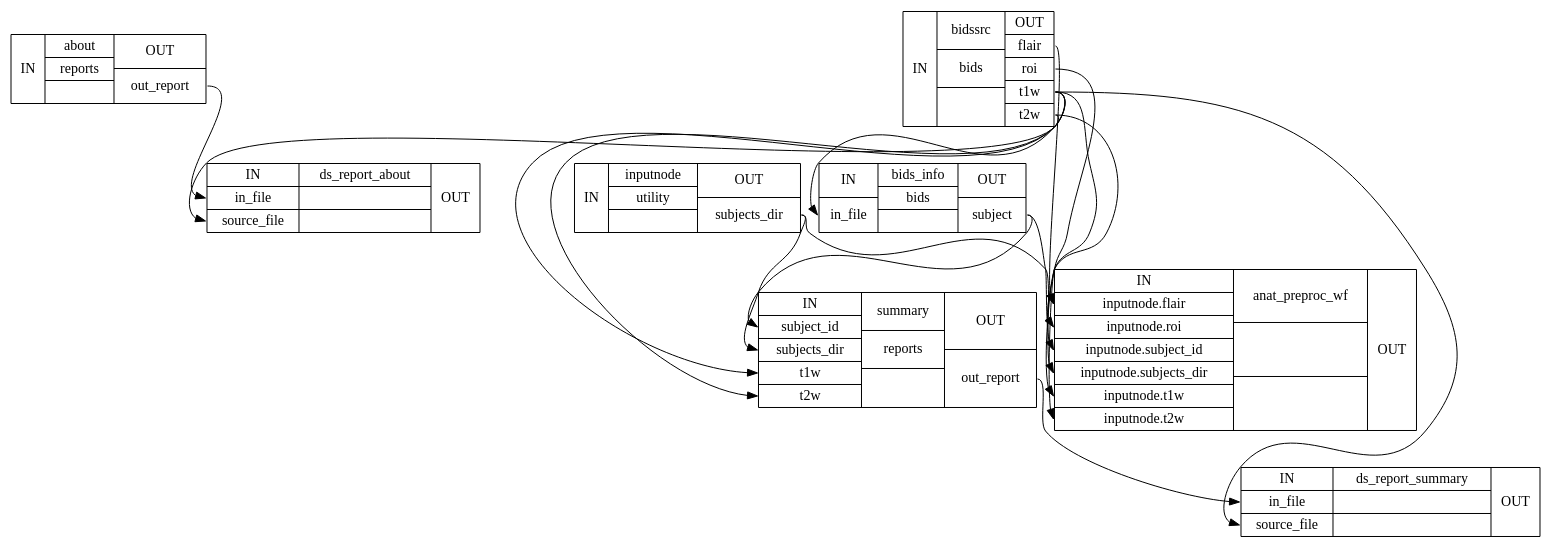
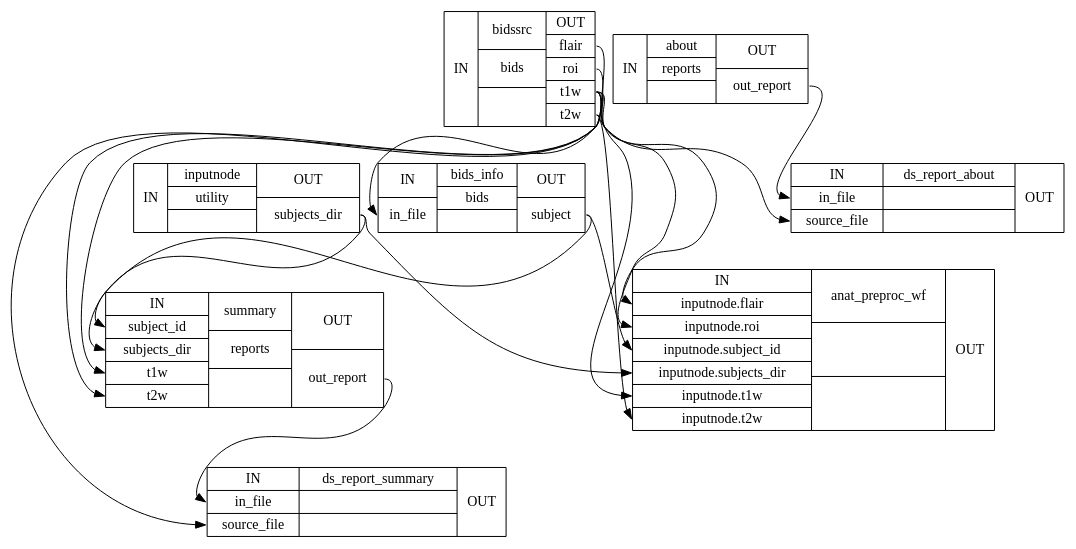
One commit to pcamach2/smriprep changed the diagram in 0.6.0rc5/wf_directive/api/single_subject_wf/smriprep-workflows-base-1_detailed.dot. Above: the diagram before and after it, drawn with Graphviz. The commit also changed other lines of this file and 3595 other files, not shown here.

```diff
--- a/0.6.0rc5/wf_directive/api/single_subject_wf/smriprep-workflows-base-1_detailed.dot
+++ b/0.6.0rc5/wf_directive/api/single_subject_wf/smriprep-workflows-base-1_detailed.dot
@@ -1,26 +1,26 @@
 digraph structs {
 node [shape=record];
+single_subject_wfinputnode [label="{IN}|{ inputnode | utility |  }|{OUT|<outsubjectsdir> subjects_dir}"];
+single_subject_wfbidssrc [label="{IN}|{ bidssrc | bids |  }|{OUT|<outflair> flair|<outroi> roi|<outt1w> t1w|<outt2w> t2w}"];
 single_subject_wfabout [label="{IN}|{ about | reports |  }|{OUT|<outoutreport> out_report}"];
-single_subject_wfbidssrc [label="{IN}|{ bidssrc | bids |  }|{OUT|<outflair> flair|<outroi> roi|<outt1w> t1w|<outt2w> t2w}"];
+single_subject_wfbids_info [label="{IN|<ininfile> in_file}|{ bids_info | bids |  }|{OUT|<outsubject> subject}"];
 single_subject_wfds_report_about [label="{IN|<ininfile> in_file|<insourcefile> source_file}|{ ds_report_about |  |  }|{OUT}"];
-single_subject_wfbids_info [label="{IN|<ininfile> in_file}|{ bids_info | bids |  }|{OUT|<outsubject> subject}"];
-single_subject_wfinputnode [label="{IN}|{ inputnode | utility |  }|{OUT|<outsubjectsdir> subjects_dir}"];
 single_subject_wfsummary [label="{IN|<insubjectid> subject_id|<insubjectsdir> subjects_dir|<int1w> t1w|<int2w> t2w}|{ summary | reports |  }|{OUT|<outoutreport> out_report}"];
+single_subject_wfanat_preproc_wf [label="{IN|<ininputnodeflair> inputnode.flair|<ininputnoderoi> inputnode.roi|<ininputnodesubjectid> inputnode.subject_id|<ininputnodesubjectsdir> inputnode.subjects_dir|<ininputnodet1w> inputnode.t1w|<ininputnodet2w> inputnode.t2w}|{ anat_preproc_wf |  |  }|{OUT}"];
 single_subject_wfds_report_summary [label="{IN|<ininfile> in_file|<insourcefile> source_file}|{ ds_report_summary |  |  }|{OUT}"];
-single_subject_wfanat_preproc_wf [label="{IN|<ininputnodeflair> inputnode.flair|<ininputnoderoi> inputnode.roi|<ininputnodesubjectid> inputnode.subject_id|<ininputnodesubjectsdir> inputnode.subjects_dir|<ininputnodet1w> inputnode.t1w|<ininputnodet2w> inputnode.t2w}|{ anat_preproc_wf |  |  }|{OUT}"];
 single_subject_wfabout:outoutreport:e -> single_subject_wfds_report_about:ininfile:w;
 single_subject_wfbids_info:outsubject:e -> single_subject_wfanat_preproc_wf:ininputnodesubjectid:w;
 single_subject_wfbids_info:outsubject:e -> single_subject_wfsummary:insubjectid:w;
 single_subject_wfbidssrc:outflair:e -> single_subject_wfanat_preproc_wf:ininputnodeflair:w;
 single_subject_wfbidssrc:outroi:e -> single_subject_wfanat_preproc_wf:ininputnoderoi:w;
 single_subject_wfbidssrc:outt1w:e -> single_subject_wfanat_preproc_wf:ininputnodet1w:w;
 single_subject_wfbidssrc:outt1w:e -> single_subject_wfbids_info:ininfile:w;
 single_subject_wfbidssrc:outt1w:e -> single_subject_wfds_report_about:insourcefile:w;
 single_subject_wfbidssrc:outt1w:e -> single_subject_wfds_report_summary:insourcefile:w;
 single_subject_wfbidssrc:outt1w:e -> single_subject_wfsummary:int1w:w;
 single_subject_wfbidssrc:outt2w:e -> single_subject_wfanat_preproc_wf:ininputnodet2w:w;
 single_subject_wfbidssrc:outt2w:e -> single_subject_wfsummary:int2w:w;
 single_subject_wfinputnode:outsubjectsdir:e -> single_subject_wfanat_preproc_wf:ininputnodesubjectsdir:w;
 single_subject_wfinputnode:outsubjectsdir:e -> single_subject_wfsummary:insubjectsdir:w;
 single_subject_wfsummary:outoutreport:e -> single_subject_wfds_report_summary:ininfile:w;
 }
```
